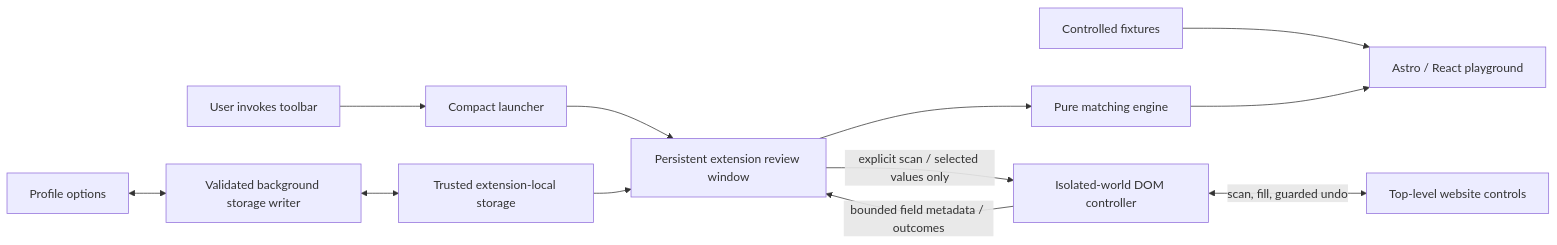
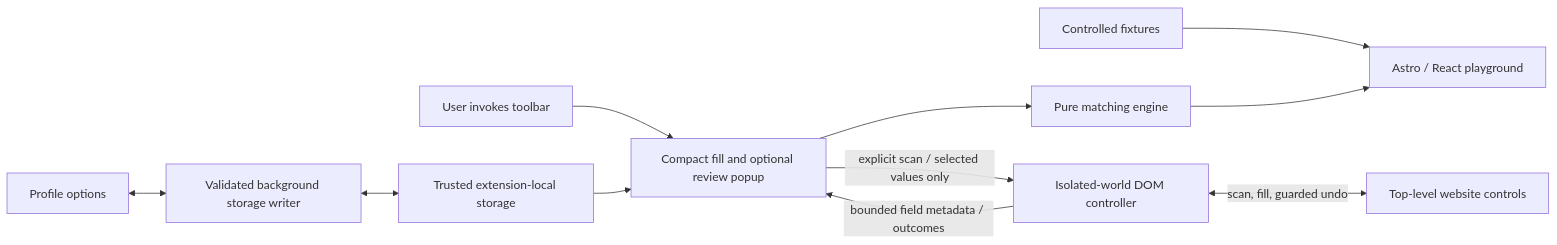
Before and after one commit to faizalimam00/FORM-PILOT: the diagram in docs/architecture/README.md, drawn with Mermaid. The commit also changed other lines of this file and 39 other files, not shown here.

````diff
--- a/docs/architecture/README.md
+++ b/docs/architecture/README.md
@@ -5,14 +5,13 @@
 ```mermaid
 flowchart LR
-  U[User invokes toolbar] --> L[Compact launcher]
-  L --> R[Persistent extension review window]
+  U[User invokes toolbar] --> R[Compact fill and optional review popup]
   O[Profile options] <--> B[Validated background storage writer]
   B <--> S[Trusted extension-local storage]
   S --> R
   R --> M[Pure matching engine]
   R -->|explicit scan / selected values only| D[Isolated-world DOM controller]
   D -->|bounded field metadata / outcomes| R
   D <-->|scan, fill, guarded undo| P[Top-level website controls]
   F[Controlled fixtures] --> W[Astro / React playground]
   M --> W
 ```
````
